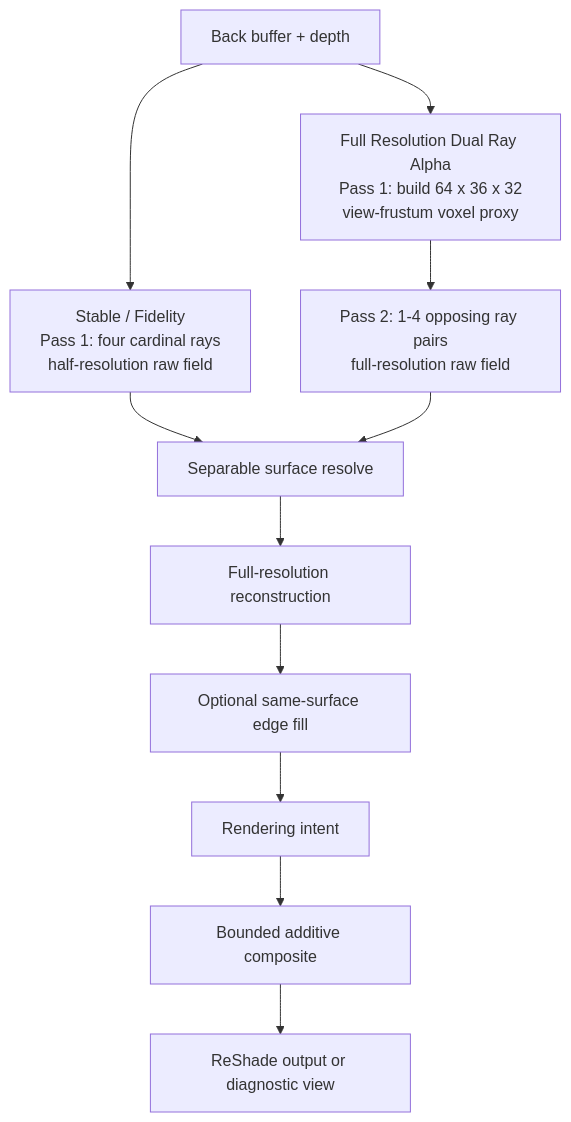
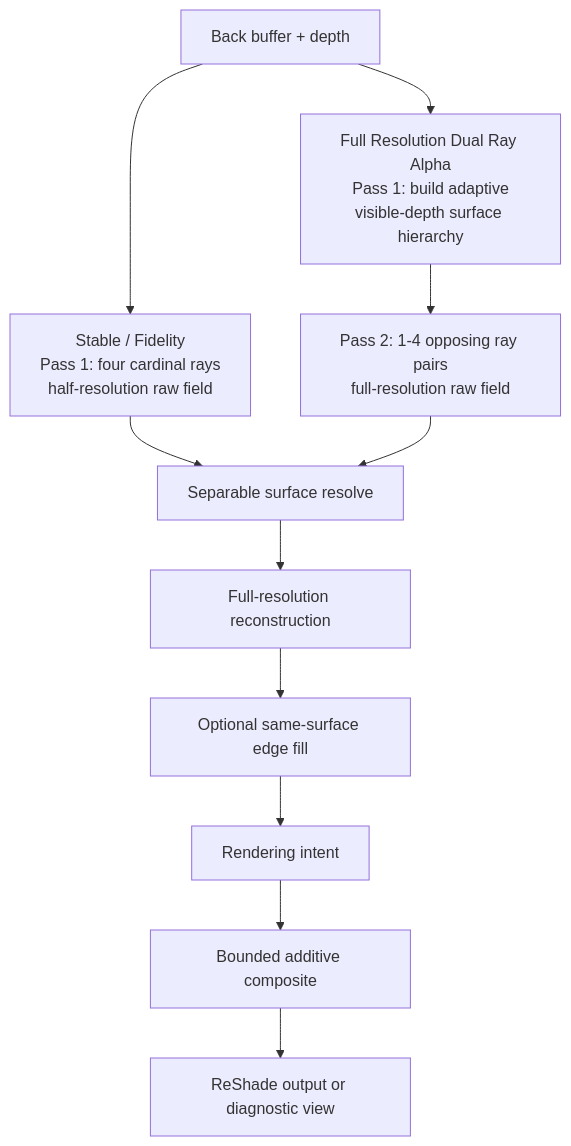
One commit to alia-june/Lunar-Flower changed the diagram in Twin-Lanterns/README.md. Above: the diagram before and after it, drawn with Mermaid. The commit also changed other lines of this file and 20 other files, not shown here.

Commit message:
Add bounded adaptive voxel surface hierarchy and fine donor validation

````diff
--- a/Twin-Lanterns/README.md
+++ b/Twin-Lanterns/README.md
@@ -88,13 +88,13 @@
 ```mermaid
 flowchart TD
     A["Back buffer + depth"] --> B["Stable / Fidelity<br/>Pass 1: four cardinal rays<br/>half-resolution raw field"]
-    A --> V["Full Resolution Dual Ray Alpha<br/>Pass 1: build 64 x 36 x 32<br/>view-frustum voxel proxy"]
+    A --> V["Full Resolution Dual Ray Alpha<br/>Pass 1: build adaptive<br/>visible-depth surface hierarchy"]
     V --> R["Pass 2: 1-4 opposing ray pairs<br/>full-resolution raw field"]
     B --> C["Separable surface resolve"]
     R --> C
     C --> E["Full-resolution reconstruction"]
     E --> F["Optional same-surface edge fill"]
     F --> G["Rendering intent"]
     G --> H["Bounded additive composite"]
     H --> I["ReShade output or diagnostic view"]
 ```
````
